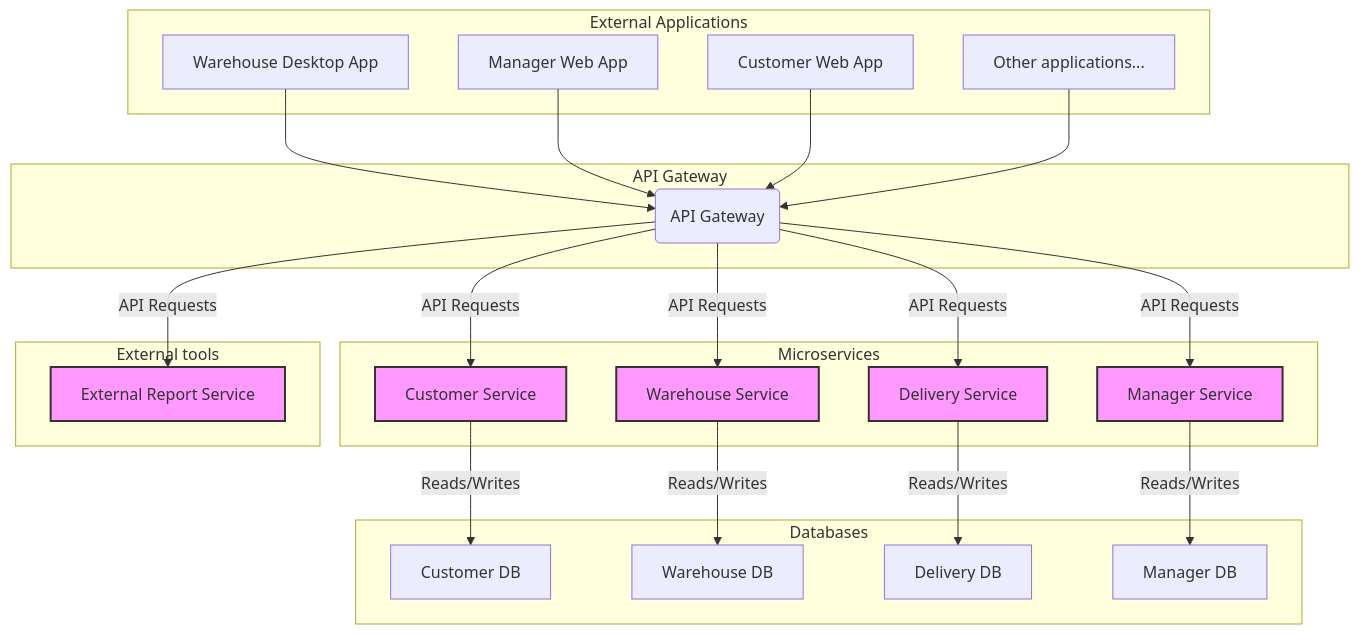
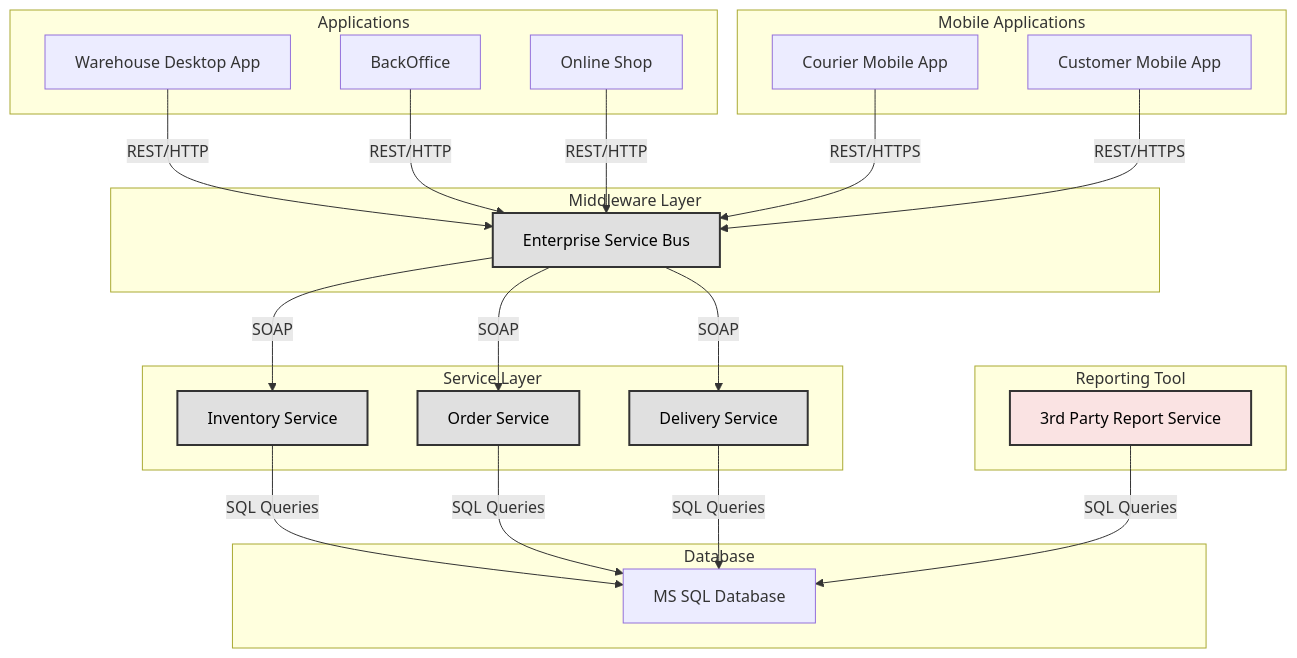
Before and after one commit to krzysztof-cal-epam/netMentoring: the diagram in 03_arch_styles_and_patterns/03-hometask.md, drawn with Mermaid. The commit also changed other lines of this file, not shown here.

````diff
--- a/03_arch_styles_and_patterns/03-hometask.md
+++ b/03_arch_styles_and_patterns/03-hometask.md
@@ -9,57 +80,64 @@
 ```mermaid
 graph TD
-    %% External Apps Layer
-    subgraph External Applications
+    %% Applications - External Systems
+    subgraph Applications
         A[Warehouse Desktop App]
-        B[Manager Web App]
-        C[Customer Web App]
-        D[Other applications...]
+        C[BackOffice]
+        H[Online Shop]
     end
 
-    %% API Gateway and connections
-    subgraph API Gateway
-        F(API Gateway)
+    %% Mobile Applications Layer
+    subgraph Mobile Applications
+        D[Courier Mobile App]
+        E[Customer Mobile App]
     end
 
-    %% Microservices Layer
-    subgraph Microservices
-        G[Customer Service]:::service
-        H[Warehouse Service]:::service
-        I[Delivery Service]:::service
-        J[Manager Service]:::service
+    %% Enterprise Service Bus
+    subgraph Middleware Layer
+        ESB[Enterprise Service Bus]:::service
     end
 
-    %% External Tools
-    subgraph External tools
-      K[External Report Service]:::service
+    %% Backend Services - SOA
+    subgraph Service Layer
+        InventoryService[Inventory Service]:::service
+        OrderService[Order Service]:::service
+        DeliveryService[Delivery Service]:::service
     end
 
-    %% Databases Layer
-    subgraph Databases
-        G_DB[Customer DB]
-        H_DB[Warehouse DB]
-        I_DB[Delivery DB]
-        J_DB[Manager DB]
+    %% Database Layer
+    subgraph Database
+        MS_SQL[MS SQL Database]
     end
 
-    %% Connections between layers
-    F -- API Requests --> G
-    F -- API Requests --> H
-    F -- API Requests --> I
-    F -- API Requests --> J
-    F -- API Requests --> K
+    %% Reporting Tool
+    subgraph Reporting Tool
+        G[3rd Party Report Service]:::legacy
+    end
 
-    G -- Reads/Writes --> G_DB
-    H -- Reads/Writes --> H_DB
-    I -- Reads/Writes --> I_DB
-    J -- Reads/Writes --> J_DB
+    %% Communication Labels
+    %% Applications interact with ESB
+    A -- REST/HTTP --> ESB
+    C -- REST/HTTP --> ESB
+    H -- REST/HTTP --> ESB
 
-    %% External Apps to API Gateway
-    A --> F
-    B --> F
-    C --> F
-    D --> F
+    %% Mobile Apps interact with ESB
+    D -- REST/HTTPS --> ESB
+    E -- REST/HTTPS --> ESB
+
+    %% ESB routes to the appropriate services
+    ESB -- SOAP --> InventoryService
+    ESB -- SOAP --> OrderService
+    ESB -- SOAP --> DeliveryService
+
+    %% Services interact with the central database
+    InventoryService -- SQL Queries --> MS_SQL
+    OrderService -- SQL Queries --> MS_SQL
+    DeliveryService -- SQL Queries --> MS_SQL
+
+    %% 3rd Party Report Service interacts directly with MS SQL Database
+    G -- SQL Queries --> MS_SQL
 
     %% Style Definitions
-    classDef service fill:#f9f,stroke:#333,stroke-width:2px;
+    classDef service fill:#e0e0e0,stroke:#333,stroke-width:2px,color:#000;
+    classDef legacy fill:#fae3e3,stroke:#333,stroke-width:2px,color:#000;
 ```
````
